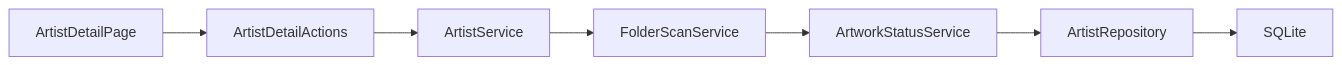
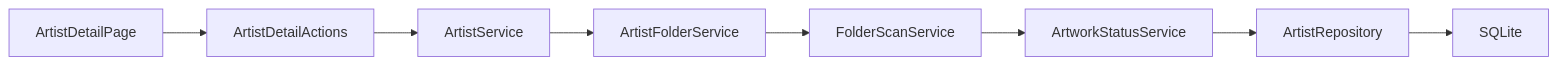
The sixth of 23 diagrams in docs/07_ARCHITECTURE.md (PKT0623/PixivLocalManager), drawn with Mermaid before and after one commit. The commit also changed other lines of this file and 10 other files, not shown here.

````diff
--- a/docs/07_ARCHITECTURE.md
+++ b/docs/07_ARCHITECTURE.md
@@ -377,11 +434,12 @@
 ```mermaid
 flowchart LR
 
 ArtistDetailPage
 --> ArtistDetailActions
 --> ArtistService
+--> ArtistFolderService
 --> FolderScanService
 --> ArtworkStatusService
 --> ArtistRepository
 --> SQLite
 ```
````
